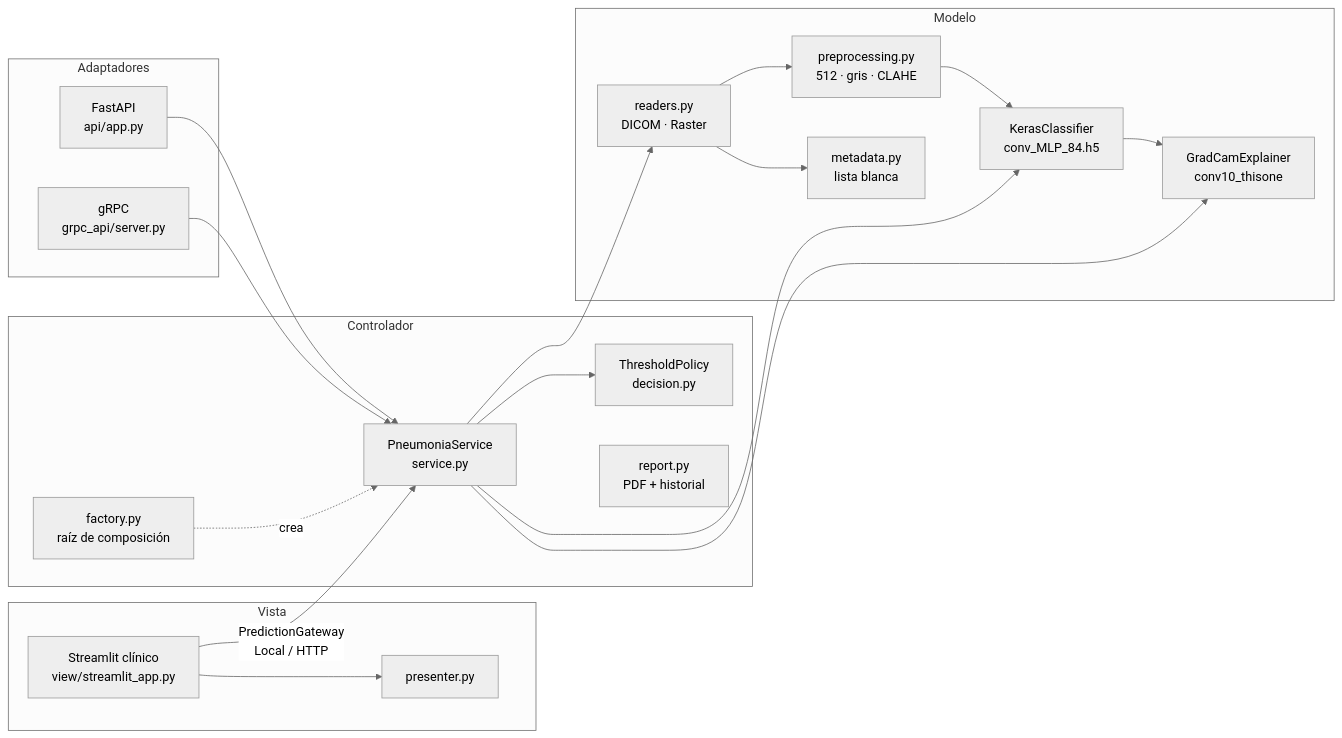
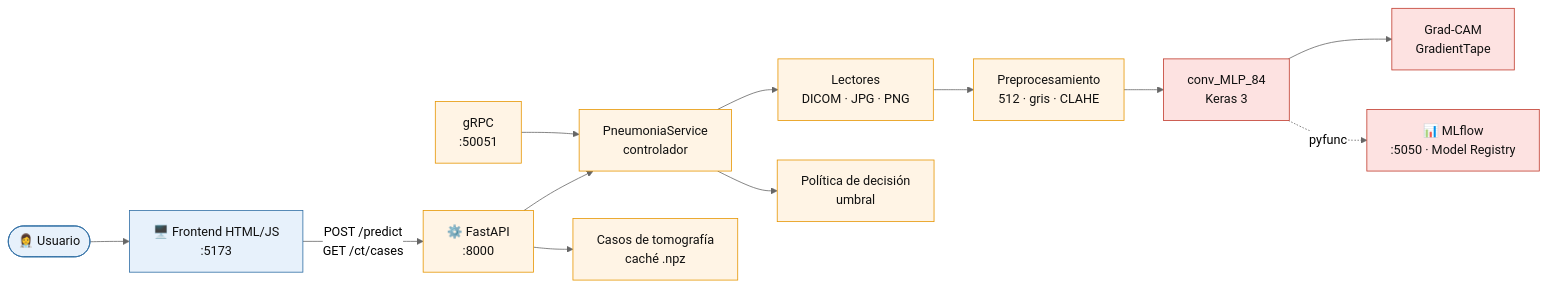
Before and after one commit to JulianReneMunoz/Neumonia: the first of 2 diagrams in README.md, drawn with Mermaid (neutral theme). The commit also changed other lines of this file and 4 other files, not shown here.

````diff
--- a/README.md
+++ b/README.md
@@ -114,27 +159,20 @@
 ```mermaid
 flowchart LR
-  subgraph Vista
-    UI[Streamlit clínico<br/>view/streamlit_app.py] --> P[presenter.py]
-  end
-  subgraph Adaptadores
-    API[FastAPI<br/>api/app.py]
-    GRPC[gRPC<br/>grpc_api/server.py]
-  end
-  UI -- PredictionGateway<br/>Local / HTTP --> C
-  API --> C
-  GRPC --> C
-  subgraph Controlador
-    C[PneumoniaService<br/>service.py] --> D[ThresholdPolicy<br/>decision.py]
-    F[factory.py<br/>raíz de composición] -.crea.-> C
-    R[report.py<br/>PDF + historial]
-  end
-  subgraph Modelo
-    RD[readers.py<br/>DICOM · Raster] --> PP[preprocessing.py<br/>512 · gris · CLAHE]
-    PP --> K[KerasClassifier<br/>conv_MLP_84.h5]
-    K --> G[GradCamExplainer<br/>conv10_thisone]
-    RD --> M[metadata.py<br/>lista blanca]
-  end
-  C --> RD
-  C --> K
-  C --> G
+    U(["👩‍⚕️ Usuario"]) --> FE["🖥️ Frontend HTML/JS<br/>:5173"]
+    FE -- "POST /predict<br/>GET /ct/cases" --> API["⚙️ FastAPI<br/>:8000"]
+    G["gRPC<br/>:50051"] --> SVC
+    API --> SVC["PneumoniaService<br/>controlador"]
+    API --> CT["Casos de tomografía<br/>caché .npz"]
+    SVC --> RD["Lectores<br/>DICOM · JPG · PNG"]
+    RD --> PP["Preprocesamiento<br/>512 · gris · CLAHE"]
+    PP --> M["conv_MLP_84<br/>Keras 3"]
+    M --> GC["Grad-CAM<br/>GradientTape"]
+    SVC --> D["Política de decisión<br/>umbral"]
+    M -. "pyfunc" .-> ML["📊 MLflow<br/>:5050 · Model Registry"]
+    classDef ui fill:#e7f1fb,stroke:#2e6da4,color:#111
+    classDef core fill:#fff4e5,stroke:#e69500,color:#111
+    classDef model fill:#fde2e1,stroke:#c0392b,color:#111
+    class FE,U ui
+    class API,G,SVC,D,RD,PP,CT core
+    class M,GC,ML model
 ```
````
